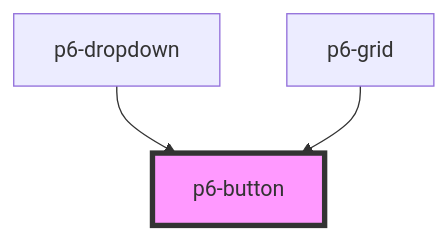
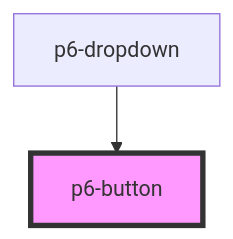
The diagram in src/components/atoms/p6-button/readme.md (amalto/platform6-ui-components), drawn with Mermaid before and after one commit. The commit also changed other lines of this file and 14 other files, not shown here.

````diff
--- a/src/components/atoms/p6-button/readme.md
+++ b/src/components/atoms/p6-button/readme.md
@@ -25,6 +24,5 @@
 ```mermaid
 graph TD;
   p6-dropdown --> p6-button
-  p6-grid --> p6-button
   style p6-button fill:#f9f,stroke:#333,stroke-width:4px
 ```
````
